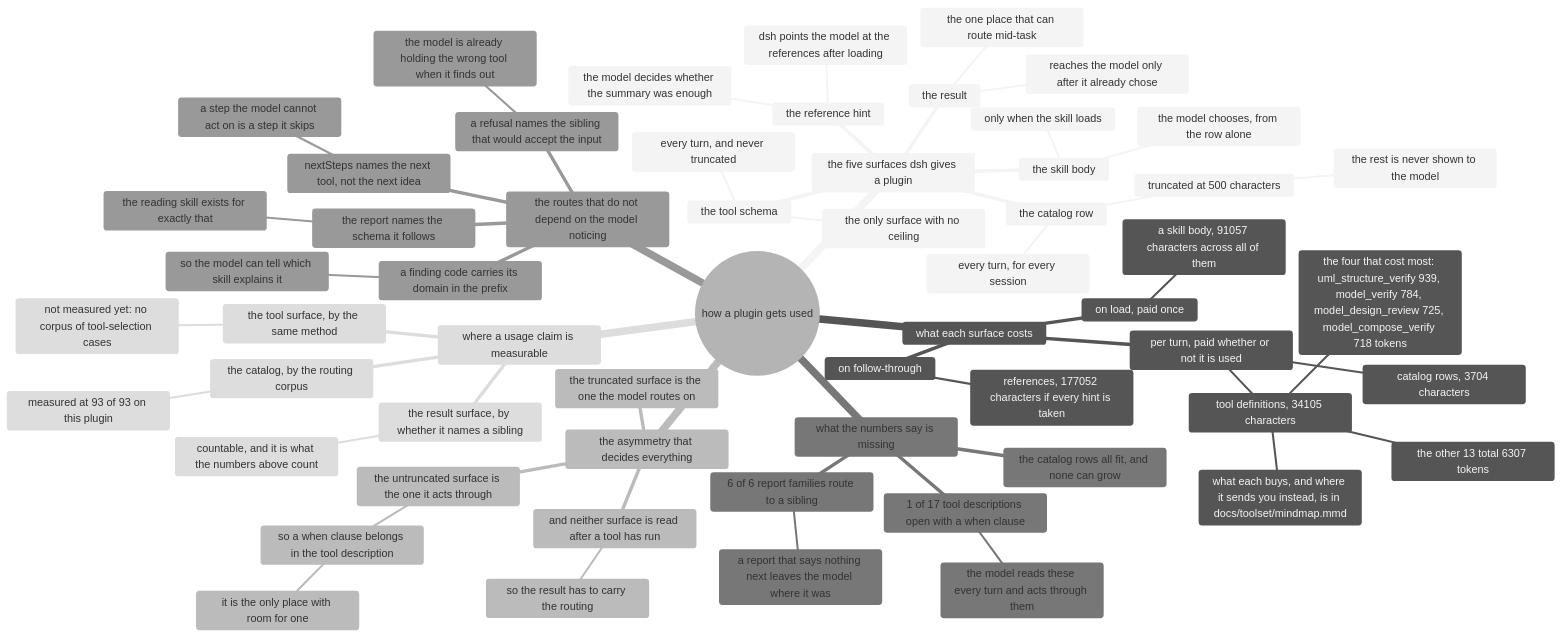
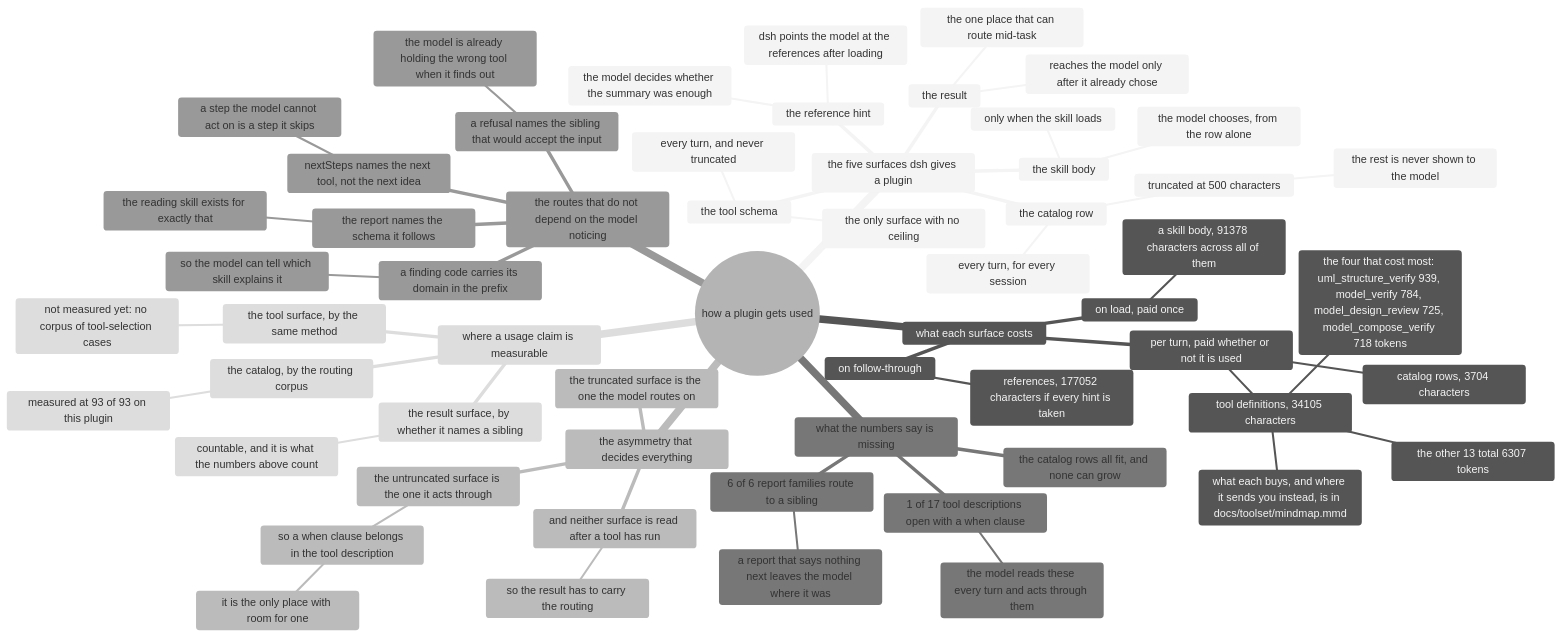
Before and after one commit to AmethystLuna/dsh-model-everything: the diagram in docs/usage/mindmap.mmd, drawn with Mermaid (neutral theme). The commit also changed 6 other files, not shown here.

```diff
--- a/docs/usage/mindmap.mmd
+++ b/docs/usage/mindmap.mmd
@@ -1,59 +1,59 @@
 mindmap
 root((how a plugin gets used))
   the five surfaces dsh gives a plugin
     the catalog row
       every turn, for every session
       truncated at 500 characters
         the rest is never shown to the model
     the skill body
       only when the skill loads
       the model chooses, from the row alone
     the reference hint
       dsh points the model at the references after loading
       the model decides whether the summary was enough
     the tool schema
       every turn, and never truncated
       the only surface with no ceiling
     the result
       reaches the model only after it already chose
       the one place that can route mid-task
   what each surface costs
     per turn, paid whether or not it is used
       catalog rows, 3704 characters
       tool definitions, 34105 characters
         the four that cost most: uml_structure_verify 939, model_verify 784, model_design_review 725, model_compose_verify 718 tokens
         the other 13 total 6307 tokens
         what each buys, and where it sends you instead, is in docs/toolset/mindmap.mmd
     on load, paid once
-      a skill body, 91057 characters across all of them
+      a skill body, 91378 characters across all of them
     on follow-through
       references, 177052 characters if every hint is taken
   the asymmetry that decides everything
     the truncated surface is the one the model routes on
     the untruncated surface is the one it acts through
       so a when clause belongs in the tool description
         it is the only place with room for one
     and neither surface is read after a tool has run
       so the result has to carry the routing
   what the numbers say is missing
     1 of 17 tool descriptions open with a when clause
       the model reads these every turn and acts through them
     6 of 6 report families route to a sibling
       a report that says nothing next leaves the model where it was
     the catalog rows all fit, and none can grow
   the routes that do not depend on the model noticing
     a refusal names the sibling that would accept the input
       the model is already holding the wrong tool when it finds out
     nextSteps names the next tool, not the next idea
       a step the model cannot act on is a step it skips
     a finding code carries its domain in the prefix
       so the model can tell which skill explains it
     the report names the schema it follows
       the reading skill exists for exactly that
   where a usage claim is measurable
     the catalog, by the routing corpus
       measured at 93 of 93 on this plugin
     the tool surface, by the same method
       not measured yet: no corpus of tool-selection cases
     the result surface, by whether it names a sibling
       countable, and it is what the numbers above count
```
